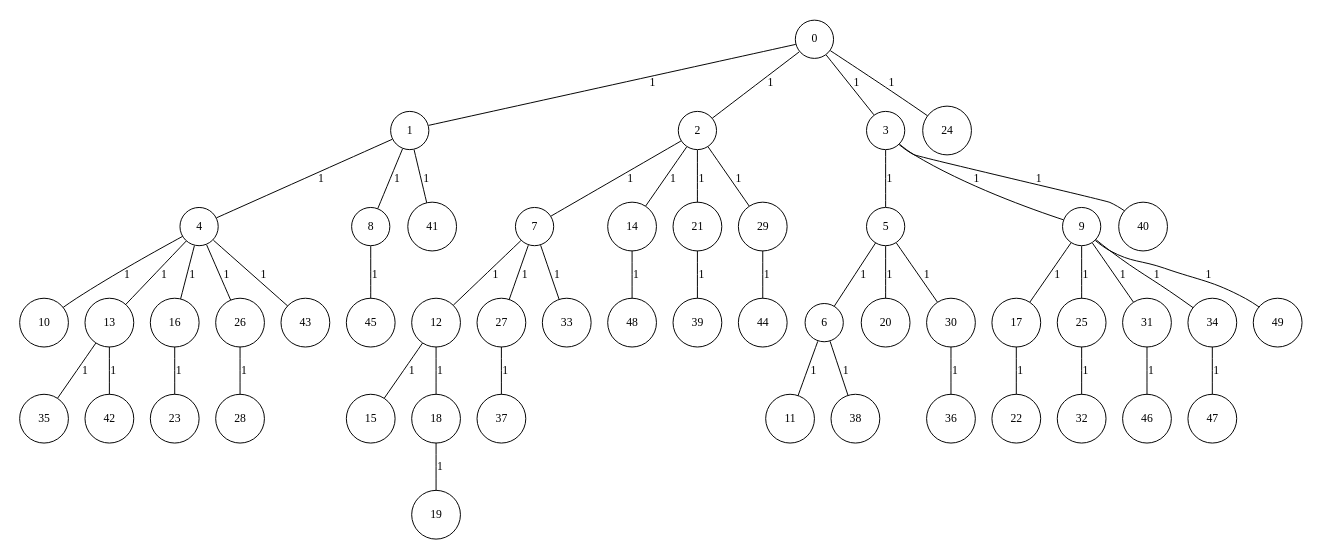
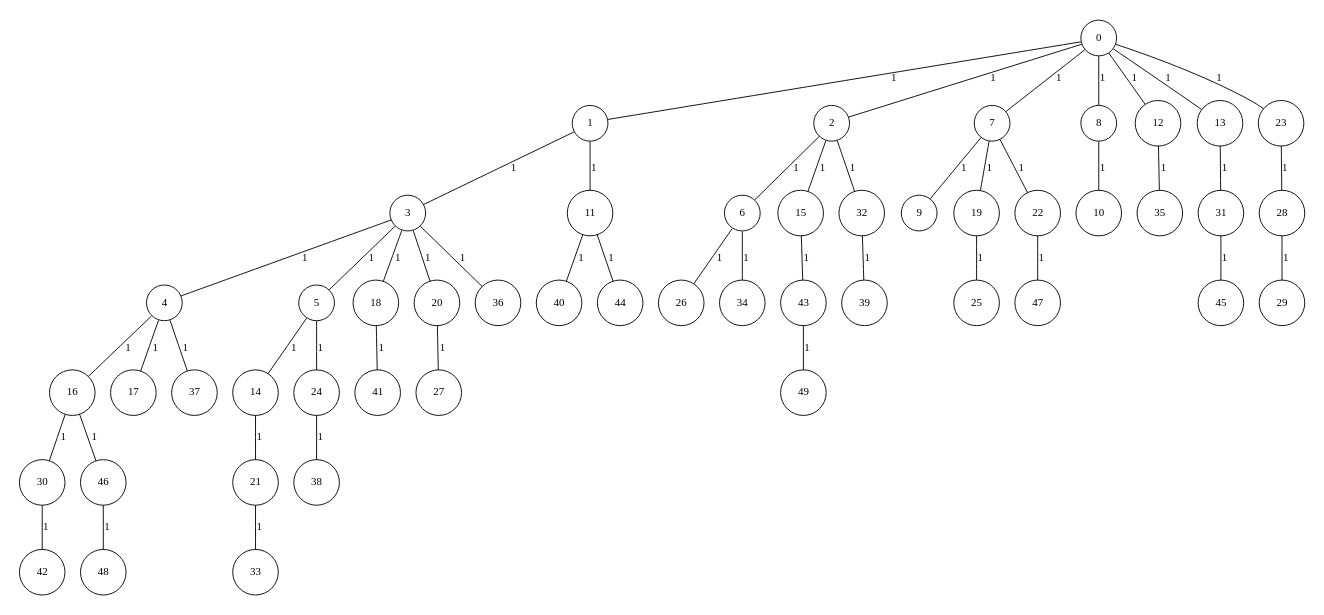
One commit to cardosodg/setcover-grasp changed the diagram in GraphGenerator/input/instGraph_50_0.txt.dot. Above: the diagram before and after it, drawn with Graphviz. The commit also changed 2004 other files, not shown here.

```diff
--- a/GraphGenerator/input/instGraph_50_0.txt.dot
+++ b/GraphGenerator/input/instGraph_50_0.txt.dot
@@ -1,109 +1,109 @@
 graph G {
 size="8.5,11;"
 ratio = "expand;"
 fixedsize="true;"
 overlap="scale;"
 node[shape=circle,width=.12,hight=.12,fontsize=12]
 edge[fontsize=12]
 
-0[label=" 0" color=black, pos="1.6489256,2.5164981!"];
-1[label=" 1" color=black, pos="2.7764786,0.5611884!"];
-2[label=" 2" color=black, pos="1.6995065,1.9290231!"];
-3[label=" 3" color=black, pos="2.0323375,0.77610031!"];
-4[label=" 4" color=black, pos="2.3906553,0.41599102!"];
-5[label=" 5" color=black, pos="0.77250098,2.1582039!"];
-6[label=" 6" color=black, pos="1.0008789,1.1300148!"];
-7[label=" 7" color=black, pos="2.7542655,1.7237553!"];
-8[label=" 8" color=black, pos="2.0157245,2.6160001!"];
-9[label=" 9" color=black, pos="0.55569849,0.093137722!"];
-10[label=" 10" color=black, pos="1.3224092,2.2348111!"];
-11[label=" 11" color=black, pos="1.5860355,2.1291113!"];
-12[label=" 12" color=black, pos="0.63472273,0.90169769!"];
-13[label=" 13" color=black, pos="0.31803569,1.7429075!"];
-14[label=" 14" color=black, pos="2.220921,0.7522334!"];
-15[label=" 15" color=black, pos="1.6353663,0.37837776!"];
-16[label=" 16" color=black, pos="0.71624222,0.44329393!"];
-17[label=" 17" color=black, pos="2.1715663,0.52714574!"];
-18[label=" 18" color=black, pos="2.5585925,1.8487222!"];
-19[label=" 19" color=black, pos="0.77286828,1.1213187!"];
-20[label=" 20" color=black, pos="2.5229358,0.81481472!"];
-21[label=" 21" color=black, pos="0.082918014,1.1598861!"];
-22[label=" 22" color=black, pos="0.43064443,1.2790257!"];
-23[label=" 23" color=black, pos="2.3881082,0.71710151!"];
-24[label=" 24" color=black, pos="0.65178125,0.37629115!"];
-25[label=" 25" color=black, pos="0.69682709,0.31732304!"];
-26[label=" 26" color=black, pos="2.6653937,2.4000476!"];
-27[label=" 27" color=black, pos="2.1438788,1.845853!"];
-28[label=" 28" color=black, pos="1.5443828,1.5077862!"];
-29[label=" 29" color=black, pos="0.21838992,2.9311398!"];
-30[label=" 30" color=black, pos="0.57979176,0.71504507!"];
-31[label=" 31" color=black, pos="0.86756893,1.0722504!"];
-32[label=" 32" color=black, pos="2.592542,1.3426977!"];
-33[label=" 33" color=black, pos="1.3519785,2.5447887!"];
-34[label=" 34" color=black, pos="0.82606603,0.45563422!"];
-35[label=" 35" color=black, pos="1.4662026,0.63675951!"];
-36[label=" 36" color=black, pos="0.96215501,2.6378862!"];
-37[label=" 37" color=black, pos="2.812218,2.8295793!"];
-38[label=" 38" color=black, pos="0.7791915,0.35990973!"];
-39[label=" 39" color=black, pos="2.9767709,1.1661106!"];
-40[label=" 40" color=black, pos="2.8807017,2.8586821!"];
-41[label=" 41" color=black, pos="2.1688291,1.2500524!"];
-42[label=" 42" color=black, pos="1.348307,0.96483993!"];
-43[label=" 43" color=black, pos="2.0071738,2.825095!"];
-44[label=" 44" color=black, pos="1.7461452,1.1498738!"];
-45[label=" 45" color=black, pos="0.032007171,1.9503729!"];
-46[label=" 46" color=black, pos="2.5240774,2.4579591!"];
-47[label=" 47" color=black, pos="1.7424428,0.070161319!"];
-48[label=" 48" color=black, pos="1.132878,2.8558246!"];
-49[label=" 49" color=black, pos="0.33231412,1.2966021!"];
+0[label=" 0" color=black, pos="1.8401877,1.7830992!"];
+1[label=" 1" color=black, pos="1.9116474,0.33522276!"];
+2[label=" 2" color=black, pos="1.2777747,1.4773971!"];
+3[label=" 3" color=black, pos="1.3647845,1.9522297!"];
+4[label=" 4" color=black, pos="0.63571173,1.1416026!"];
+5[label=" 5" color=black, pos="2.0163006,0.13723158!"];
+6[label=" 6" color=black, pos="2.1566791,1.1297904!"];
+7[label=" 7" color=black, pos="1.9989245,0.51293239!"];
+8[label=" 8" color=black, pos="0.61263983,0.63755227!"];
+9[label=" 9" color=black, pos="1.493583,1.2925168!"];
+10[label=" 10" color=black, pos="0.52674498,2.4002286!"];
+11[label=" 11" color=black, pos="1.2833147,2.8077245!"];
+12[label=" 12" color=black, pos="0.069755276,1.5259954!"];
+13[label=" 13" color=black, pos="2.1922138,0.8902326!"];
+14[label=" 14" color=black, pos="2.0641713,1.4577017!"];
+15[label=" 15" color=black, pos="0.23827995,0.90220807!"];
+16[label=" 16" color=black, pos="2.2666657,0.37520698!"];
+17[label=" 17" color=black, pos="2.5125354,0.53160643!"];
+18[label=" 18" color=black, pos="0.4376376,0.9308098!"];
+19[label=" 19" color=black, pos="2.2842934,2.6399788!"];
+20[label=" 20" color=black, pos="0.68786139,2.4401045!"];
+21[label=" 21" color=black, pos="0.82920109,2.2289682!"];
+22[label=" 22" color=black, pos="1.3503602,0.95646825!"];
+23[label=" 23" color=black, pos="0.65730404,1.4395599!"];
+24[label=" 24" color=black, pos="0.39843667,2.6842185!"];
+25[label=" 25" color=black, pos="1.4824907,1.9502524!"];
+26[label=" 26" color=black, pos="0.14766001,2.6410806!"];
+27[label=" 27" color=black, pos="0.61959648,2.7860021!"];
+28[label=" 28" color=black, pos="2.4470336,1.1875331!"];
+29[label=" 29" color=black, pos="2.5564438,2.1696071!"];
+30[label=" 30" color=black, pos="0.10317119,1.4954441!"];
+31[label=" 31" color=black, pos="2.9847517,2.684445!"];
+32[label=" 32" color=black, pos="1.7497709,1.2941604!"];
+33[label=" 33" color=black, pos="0.5844885,2.1523898!"];
+34[label=" 34" color=black, pos="2.1254749,2.1641019!"];
+35[label=" 35" color=black, pos="0.074529801,2.0525293!"];
+36[label=" 36" color=black, pos="2.1762107,0.79779805!"];
+37[label=" 37" color=black, pos="2.6565637,0.63945835!"];
+38[label=" 38" color=black, pos="2.0934805,1.5202101!"];
+39[label=" 39" color=black, pos="0.069906398,2.4614205!"];
+40[label=" 40" color=black, pos="1.5733186,2.0519388!"];
+41[label=" 41" color=black, pos="2.9999936,1.8899556!"];
+42[label=" 42" color=black, pos="1.997799,1.8705399!"];
+43[label=" 43" color=black, pos="2.0041616,0.59389218!"];
+44[label=" 44" color=black, pos="1.1631315,1.9130267!"];
+45[label=" 45" color=black, pos="2.3590954,1.57943!"];
+46[label=" 46" color=black, pos="2.6873874,1.530808!"];
+47[label=" 47" color=black, pos="1.3042951,1.5769711!"];
+48[label=" 48" color=black, pos="1.7478093,2.0354209!"];
+49[label=" 49" color=black, pos="0.83323854,0.87327134!"];
 0--1[label="1"]
 0--2[label="1"]
-0--3[label="1"]
-0--24[label="1"]
-1--4[label="1"]
-1--8[label="1"]
-1--41[label="1"]
-2--7[label="1"]
-2--14[label="1"]
-2--21[label="1"]
-2--29[label="1"]
+0--7[label="1"]
+0--8[label="1"]
+0--12[label="1"]
+0--13[label="1"]
+0--23[label="1"]
+1--3[label="1"]
+1--11[label="1"]
+2--6[label="1"]
+2--15[label="1"]
+2--32[label="1"]
+3--4[label="1"]
 3--5[label="1"]
-3--9[label="1"]
-3--40[label="1"]
-4--10[label="1"]
-4--13[label="1"]
+3--18[label="1"]
+3--20[label="1"]
+3--36[label="1"]
 4--16[label="1"]
-4--26[label="1"]
-4--43[label="1"]
-5--6[label="1"]
-5--20[label="1"]
-5--30[label="1"]
-6--11[label="1"]
-6--38[label="1"]
-7--12[label="1"]
-7--27[label="1"]
-7--33[label="1"]
-8--45[label="1"]
-9--17[label="1"]
-9--25[label="1"]
-9--31[label="1"]
-9--34[label="1"]
-9--49[label="1"]
-12--15[label="1"]
-12--18[label="1"]
-13--35[label="1"]
-13--42[label="1"]
-14--48[label="1"]
-16--23[label="1"]
-17--22[label="1"]
-18--19[label="1"]
-21--39[label="1"]
-25--32[label="1"]
-26--28[label="1"]
-27--37[label="1"]
-29--44[label="1"]
-30--36[label="1"]
-31--46[label="1"]
-34--47[label="1"]
+4--17[label="1"]
+4--37[label="1"]
+5--14[label="1"]
+5--24[label="1"]
+6--26[label="1"]
+6--34[label="1"]
+7--9[label="1"]
+7--19[label="1"]
+7--22[label="1"]
+8--10[label="1"]
+11--40[label="1"]
+11--44[label="1"]
+12--35[label="1"]
+13--31[label="1"]
+14--21[label="1"]
+15--43[label="1"]
+16--30[label="1"]
+16--46[label="1"]
+18--41[label="1"]
+19--25[label="1"]
+20--27[label="1"]
+21--33[label="1"]
+22--47[label="1"]
+23--28[label="1"]
+24--38[label="1"]
+28--29[label="1"]
+30--42[label="1"]
+31--45[label="1"]
+32--39[label="1"]
+43--49[label="1"]
+46--48[label="1"]
 
 }
```
